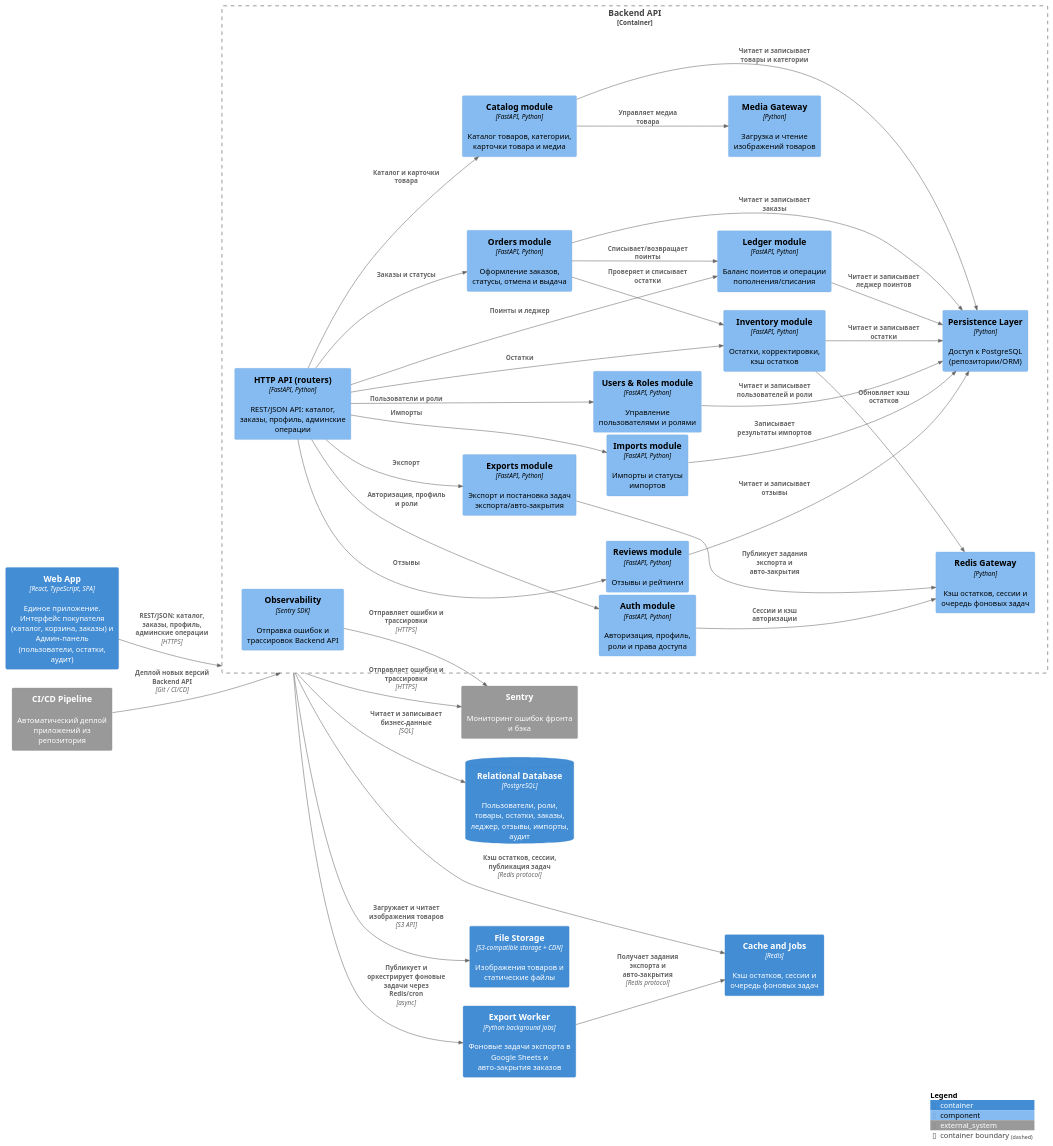
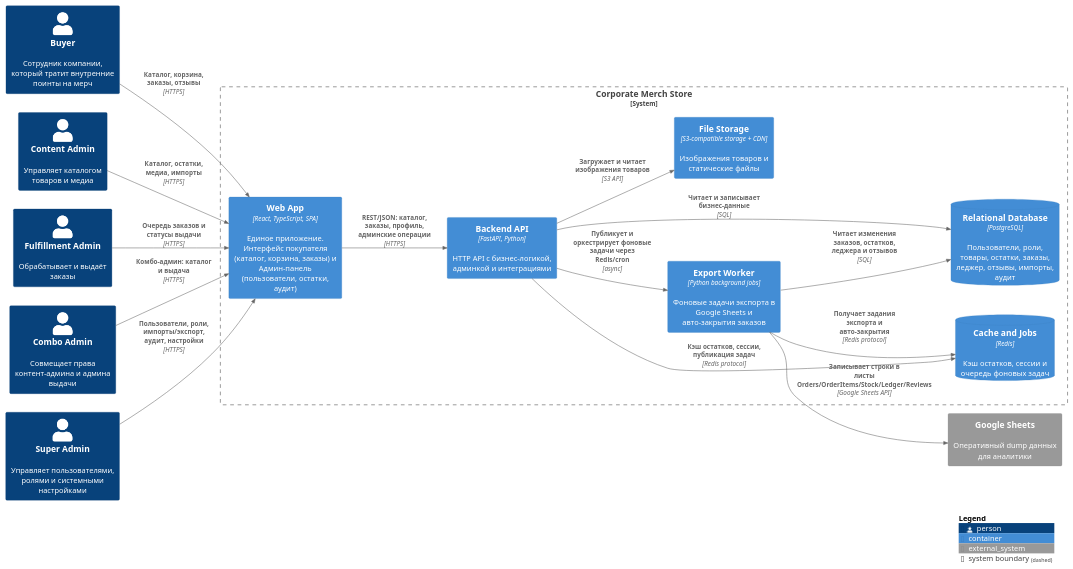
One commit to saurusel/PAPS_labs_MAOlenin changed the diagram in Lab Work № 2/PlantUML/c4_containers.puml. Above: the diagram before and after it, drawn with PlantUML. The commit also changed 3 other files, not shown here.

Commit message:
fix(c4): apply reviewer feedback to PlantUML diagrams

```diff
--- a/Lab Work № 2/PlantUML/c4_containers.puml
+++ b/Lab Work № 2/PlantUML/c4_containers.puml
@@ -1,92 +1,42 @@
-@startuml C4_Components_Backend
-!includeurl https://raw.githubusercontent.com/plantuml-stdlib/C4-PlantUML/master/C4_Component.puml
+@startuml C4_Containers
+!includeurl https://raw.githubusercontent.com/plantuml-stdlib/C4-PlantUML/master/C4_Container.puml
 
 LAYOUT_LEFT_RIGHT()
 
-' Внешние относительно Backend API блоки (как в C4_Containers)
-Container(web_app, "Web App", "React, TypeScript, SPA", "Единое приложение. Интерфейс покупателя (каталог, корзина, заказы) и Админ-панель (пользователи, остатки, аудит)")
-Container(export_worker, "Export Worker", "Python background jobs", "Фоновые задачи экспорта в Google Sheets и авто-закрытия заказов")
+Person(buyer, "Buyer", "Сотрудник компании, который тратит внутренние поинты на мерч")
+Person(content_admin, "Content Admin", "Управляет каталогом товаров и медиа")
+Person(fulfillment_admin, "Fulfillment Admin", "Обрабатывает и выдаёт заказы")
+Person(combo_admin, "Combo Admin", "Совмещает права контент-админа и админа выдачи")
+Person(super_admin, "Super Admin", "Управляет пользователями, ролями и системными настройками")
 
-ContainerDb(db, "Relational Database", "PostgreSQL", "Пользователи, роли, товары, остатки, заказы, леджер, отзывы, импорты, аудит")
-Container(redis, "Cache and Jobs", "Redis", "Кэш остатков, сессии и очередь фоновых задач")
-Container(file_storage, "File Storage", "S3-compatible storage + CDN", "Изображения товаров и статические файлы")
+System_Boundary(merch_boundary, "Corporate Merch Store") {
+    Container(web_app, "Web App", "React, TypeScript, SPA", "Единое приложение. Интерфейс покупателя (каталог, корзина, заказы) и Админ-панель (пользователи, остатки, аудит)")
+    Container(api_app, "Backend API", "FastAPI, Python", "HTTP API с бизнес-логикой, админкой и интеграциями")
+    Container(export_worker, "Export Worker", "Python background jobs", "Фоновые задачи экспорта в Google Sheets и авто-закрытия заказов")
 
-System_Ext(sentry, "Sentry", "Мониторинг ошибок фронта и бэка")
-System_Ext(ci_cd, "CI/CD Pipeline", "Автоматический деплой приложений из репозитория")
-
-' Единственная boundary: Backend API
-Container_Boundary(api_app, "Backend API") {
-    Component(api_routes, "HTTP API (routers)", "FastAPI, Python", "REST/JSON API: каталог, заказы, профиль, админские операции")
-
-    Component(auth_module, "Auth module", "FastAPI, Python", "Авторизация, профиль, роли и права доступа")
-    Component(users_roles_module, "Users & Roles module", "FastAPI, Python", "Управление пользователями и ролями")
-    Component(catalog_module, "Catalog module", "FastAPI, Python", "Каталог товаров, категории, карточки товара и медиа")
-    Component(inventory_module, "Inventory module", "FastAPI, Python", "Остатки, корректировки, кэш остатков")
-    Component(orders_module, "Orders module", "FastAPI, Python", "Оформление заказов, статусы, отмена и выдача")
-    Component(ledger_module, "Ledger module", "FastAPI, Python", "Баланс поинтов и операции пополнения/списания")
-    Component(reviews_module, "Reviews module", "FastAPI, Python", "Отзывы и рейтинги")
-    Component(imports_module, "Imports module", "FastAPI, Python", "Импорты и статусы импортов")
-    Component(exports_module, "Exports module", "FastAPI, Python", "Экспорт и постановка задач экспорта/авто-закрытия")
-
-    Component(persistence, "Persistence Layer", "Python", "Доступ к PostgreSQL (репозитории/ORM)")
-    Component(redis_gateway, "Redis Gateway", "Python", "Кэш остатков, сессии и очередь фоновых задач")
-    Component(media_gateway, "Media Gateway", "Python", "Загрузка и чтение изображений товаров")
-    Component(observability, "Observability", "Sentry SDK", "Отправка ошибок и трассировок Backend API")
+    ContainerDb(db, "Relational Database", "PostgreSQL", "Пользователи, роли, товары, остатки, заказы, леджер, отзывы, импорты, аудит")
+    ContainerDb(redis, "Cache and Jobs", "Redis", "Кэш остатков, сессии и очередь фоновых задач")
+    Container(file_storage, "File Storage", "S3-compatible storage + CDN", "Изображения товаров и статические файлы")
 }
 
-' =========================
-' СВЯЗИ Backend API — СТРОГО КАК В C4_Containers (тексты и протоколы 1:1)
-' =========================
+System_Ext(google_sheets, "Google Sheets", "Оперативный dump данных для аналитики")
+
+Rel(buyer, web_app, "Каталог, корзина, заказы, отзывы", "HTTPS")
+Rel(content_admin, web_app, "Каталог, остатки, медиа, импорты", "HTTPS")
+Rel(fulfillment_admin, web_app, "Очередь заказов и статусы выдачи", "HTTPS")
+Rel(combo_admin, web_app, "Комбо-админ: каталог и выдача", "HTTPS")
+Rel(super_admin, web_app, "Пользователи, роли, импорты/экспорт, аудит, настройки", "HTTPS")
 
 Rel(web_app, api_app, "REST/JSON: каталог, заказы, профиль, админские операции", "HTTPS")
 
 Rel(api_app, db, "Читает и записывает бизнес-данные", "SQL")
 Rel(api_app, redis, "Кэш остатков, сессии, публикация задач", "Redis protocol")
 Rel(api_app, file_storage, "Загружает и читает изображения товаров", "S3 API")
 Rel(api_app, export_worker, "Публикует и оркестрирует фоновые задачи через Redis/cron", "async")
 
-Rel(api_app, sentry, "Отправляет ошибки и трассировки", "HTTPS")
-Rel(ci_cd, api_app, "Деплой новых версий Backend API", "Git / CI/CD")
-
-' =========================
-' ДЕТАЛИЗАЦИЯ (не заменяет контейнерные связи, а раскрывает их)
-' =========================
-
-' Роутинг запросов на доменные модули
-Rel(api_routes, auth_module, "Авторизация, профиль и роли")
-Rel(api_routes, users_roles_module, "Пользователи и роли")
-Rel(api_routes, catalog_module, "Каталог и карточки товара")
-Rel(api_routes, inventory_module, "Остатки")
-Rel(api_routes, orders_module, "Заказы и статусы")
-Rel(api_routes, ledger_module, "Поинты и леджер")
-Rel(api_routes, reviews_module, "Отзывы")
-Rel(api_routes, imports_module, "Импорты")
-Rel(api_routes, exports_module, "Экспорт")
-
-' Доменные модули используют инфраструктуру
-Rel(auth_module, redis_gateway, "Сессии и кэш авторизации")
-Rel(users_roles_module, persistence, "Читает и записывает пользователей и роли")
-
-Rel(catalog_module, persistence, "Читает и записывает товары и категории")
-Rel(catalog_module, media_gateway, "Управляет медиа товара")
-
-Rel(inventory_module, persistence, "Читает и записывает остатки")
-Rel(inventory_module, redis_gateway, "Обновляет кэш остатков")
-
-Rel(orders_module, persistence, "Читает и записывает заказы")
-Rel(orders_module, inventory_module, "Проверяет и списывает остатки")
-Rel(orders_module, ledger_module, "Списывает/возвращает поинты")
-
-Rel(ledger_module, persistence, "Читает и записывает леджер поинтов")
-Rel(reviews_module, persistence, "Читает и записывает отзывы")
-Rel(imports_module, persistence, "Записывает результаты импортов")
-
-' Экспортные задачи через Redis (как ты попросил)
-Rel(exports_module, redis_gateway, "Публикует задания экспорта и авто-закрытия")
+Rel(export_worker, db, "Читает изменения заказов, остатков, леджера и отзывов", "SQL")
 Rel(export_worker, redis, "Получает задания экспорта и авто-закрытия", "Redis protocol")
-
-' Ошибки в Sentry (детализация контейнерной связи api_app -> sentry)
-Rel(observability, sentry, "Отправляет ошибки и трассировки", "HTTPS")
+Rel(export_worker, google_sheets, "Записывает строки в листы Orders/OrderItems/Stock/Ledger/Reviews", "Google Sheets API")
 
 SHOW_LEGEND()
 @enduml
```
